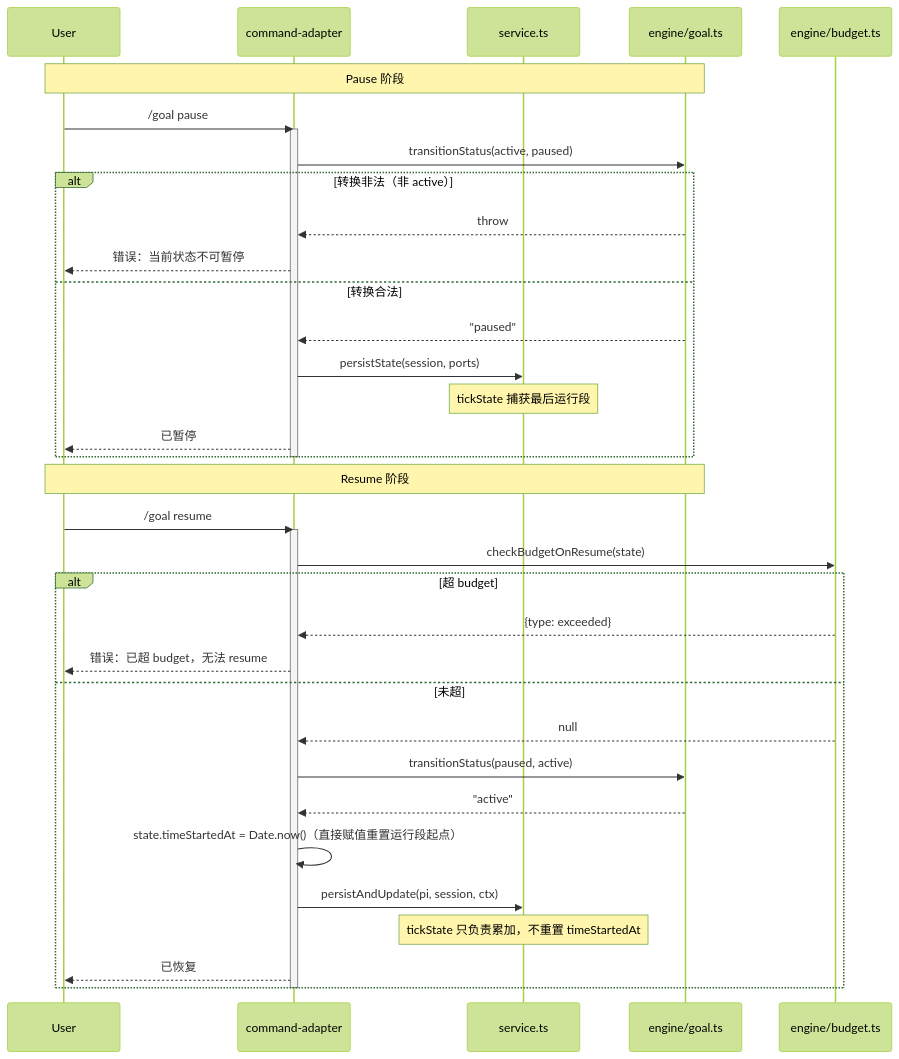
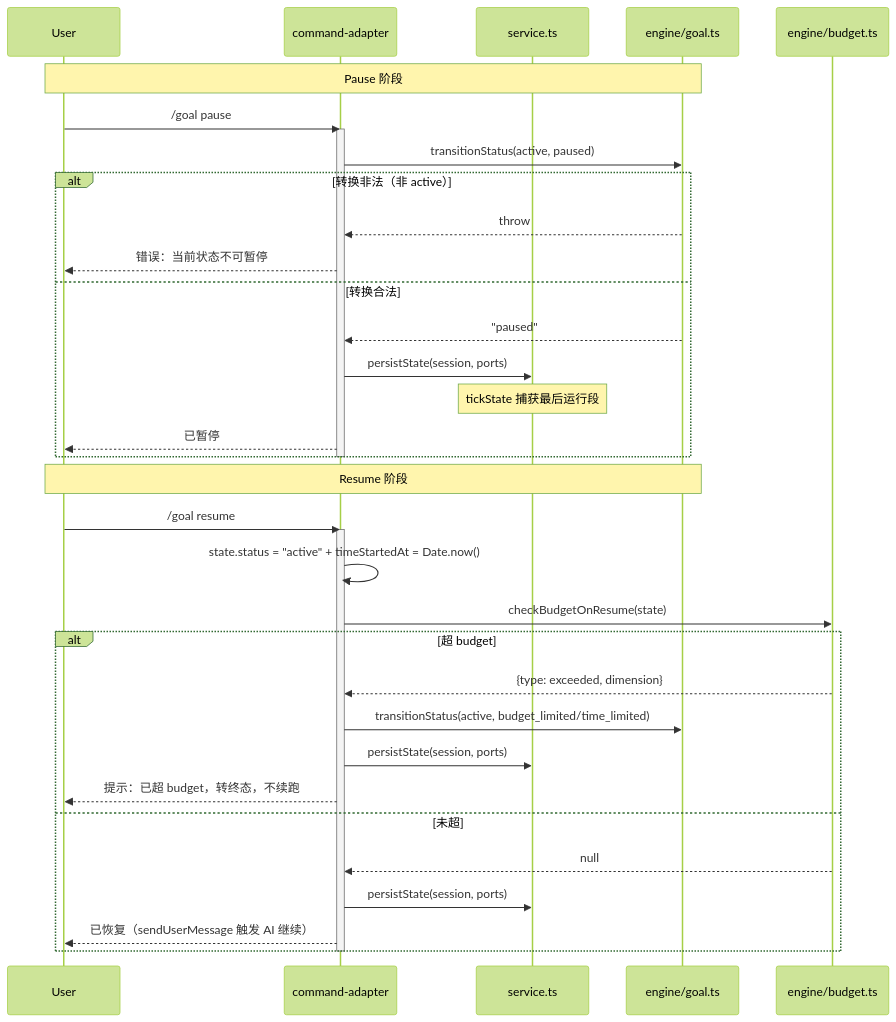
The sixth of 6 diagrams in .xyz-harness/2026-06-24-goal-v2-refactor/code-architecture.md (zhushanwen321/xyz-pi-extensions), drawn with Mermaid (forest theme) before and after one commit. The commit also changed other lines of this file and 53 other files, not shown here.

````diff
--- a/.xyz-harness/2026-06-24-goal-v2-refactor/code-architecture.md
+++ b/.xyz-harness/2026-06-24-goal-v2-refactor/code-architecture.md
@@ -320,41 +316,40 @@
 ```mermaid
 sequenceDiagram
     participant U as User
     participant CA as command-adapter
     participant SVC as service.ts
     participant EG as engine/goal.ts
     participant EB as engine/budget.ts
 
     Note over U,EG: Pause 阶段
     U->>CA: /goal pause
     activate CA
     CA->>EG: transitionStatus(active, paused)
     alt 转换非法（非 active）
         EG-->>CA: throw
         CA-->>U: 错误：当前状态不可暂停
     else 转换合法
         EG-->>CA: "paused"
         CA->>SVC: persistState(session, ports)
         Note over SVC: tickState 捕获最后运行段
         CA-->>U: 已暂停
     end
     deactivate CA
 
     Note over U,EG: Resume 阶段
     U->>CA: /goal resume
     activate CA
+    CA->>CA: state.status = "active" + timeStartedAt = Date.now()
     CA->>EB: checkBudgetOnResume(state)
     alt 超 budget
-        EB-->>CA: {type: exceeded}
-        CA-->>U: 错误：已超 budget，无法 resume
+        EB-->>CA: {type: exceeded, dimension}
+        CA->>EG: transitionStatus(active, budget_limited/time_limited)
+        CA->>SVC: persistState(session, ports)
+        CA-->>U: 提示：已超 budget，转终态，不续跑
     else 未超
         EB-->>CA: null
-        CA->>EG: transitionStatus(paused, active)
-        EG-->>CA: "active"
-        CA->>CA: state.timeStartedAt = Date.now()（直接赋值重置运行段起点）
-        CA->>SVC: persistAndUpdate(pi, session, ctx)
-        Note over SVC: tickState 只负责累加，不重置 timeStartedAt
-        CA-->>U: 已恢复
+        CA->>SVC: persistState(session, ports)
+        CA-->>U: 已恢复（sendUserMessage 触发 AI 继续）
     end
     deactivate CA
 ```
````
